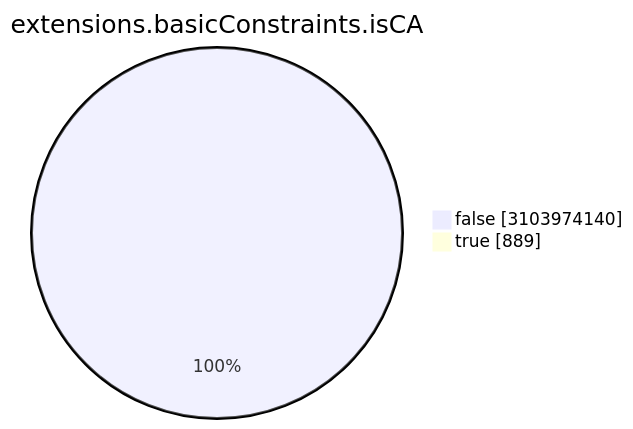
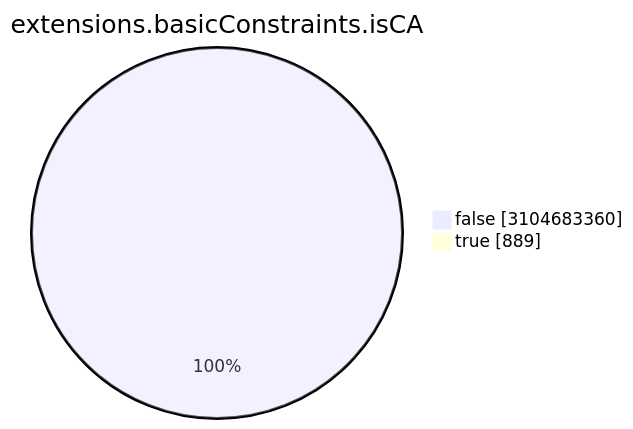
One commit to christiankrug/ctmonitor_visualization changed the seventh of 15 diagrams in TOTAL/README.md. Above: the diagram before and after it, drawn with Mermaid. The commit also changed other lines of this file, not shown here.

````diff
--- a/TOTAL/README.md
+++ b/TOTAL/README.md
@@ -3088,6 +3088,6 @@
 ```mermaid
 pie showData
 title extensions.basicConstraints.isCA
-"false" :3103974140
+"false" :3104683360
 "true" :889
 ```
````
